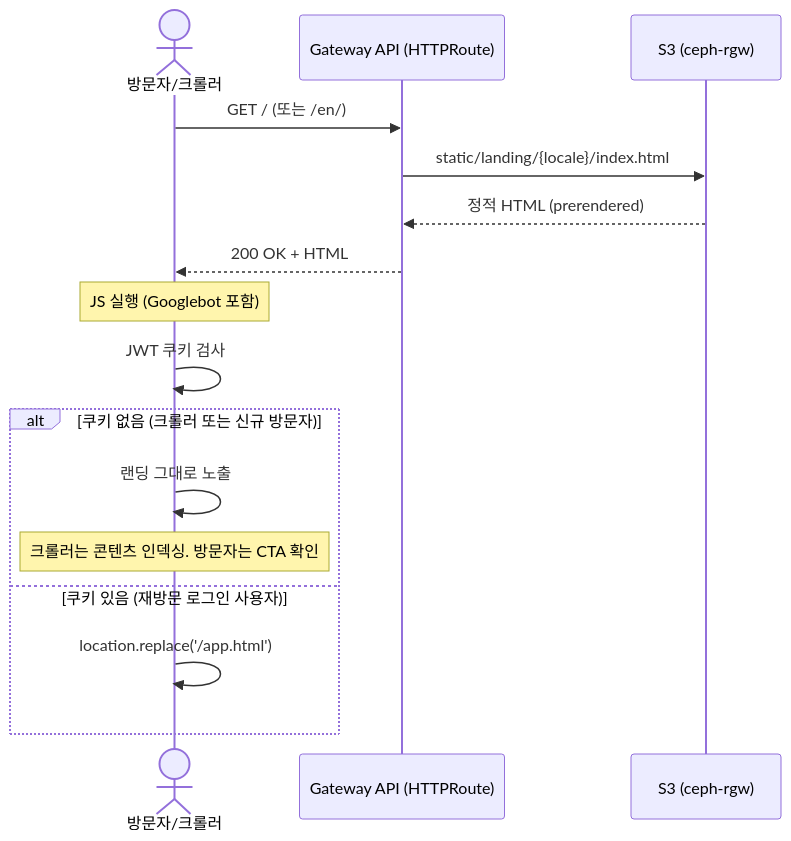
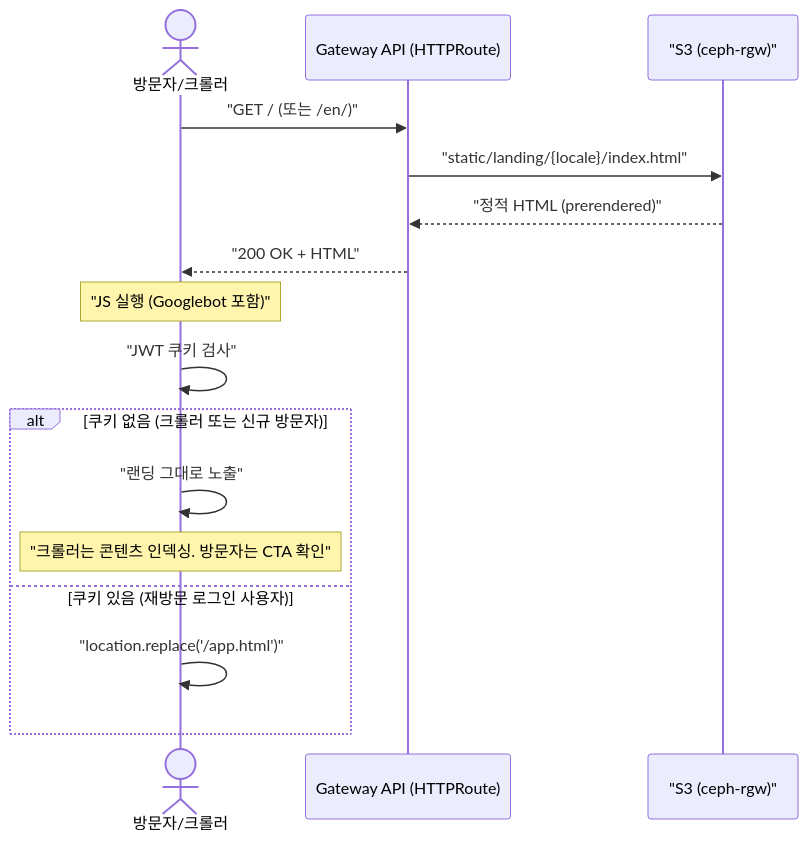
One commit to sayaya1090/handbook changed the second of 25 diagrams in docs/usecases.md. Above: the diagram before and after it, drawn with Mermaid. The commit also changed other lines of this file and 22 other files, not shown here.

First line of the commit message:
docs: Mermaid 다이어그램 렌더링 오류 수정을 위한 구문 전수 교정

````diff
--- a/docs/usecases.md
+++ b/docs/usecases.md
@@ -202,19 +202,19 @@
 ```mermaid
 sequenceDiagram
     actor V as 방문자/크롤러
     participant GW as Gateway API (HTTPRoute)
-    participant S3 as S3 (ceph-rgw)
+    participant S3 as "S3 (ceph-rgw)"
 
-    V->>GW: GET / (또는 /en/)
-    GW->>S3: static/landing/{locale}/index.html
-    S3-->>GW: 정적 HTML (prerendered)
-    GW-->>V: 200 OK + HTML
-    Note over V: JS 실행 (Googlebot 포함)
-    V->>V: JWT 쿠키 검사
+    V->>GW: "GET / (또는 /en/)"
+    GW->>S3: "static/landing/{locale}/index.html"
+    S3-->>GW: "정적 HTML (prerendered)"
+    GW-->>V: "200 OK + HTML"
+    Note over V: "JS 실행 (Googlebot 포함)"
+    V->>V: "JWT 쿠키 검사"
     alt 쿠키 없음 (크롤러 또는 신규 방문자)
-        V->>V: 랜딩 그대로 노출
-        Note over V: 크롤러는 콘텐츠 인덱싱. 방문자는 CTA 확인
+        V->>V: "랜딩 그대로 노출"
+        Note over V: "크롤러는 콘텐츠 인덱싱. 방문자는 CTA 확인"
     else 쿠키 있음 (재방문 로그인 사용자)
-        V->>V: location.replace('/app.html')
+        V->>V: "location.replace('/app.html')"
     end
 ```
````
